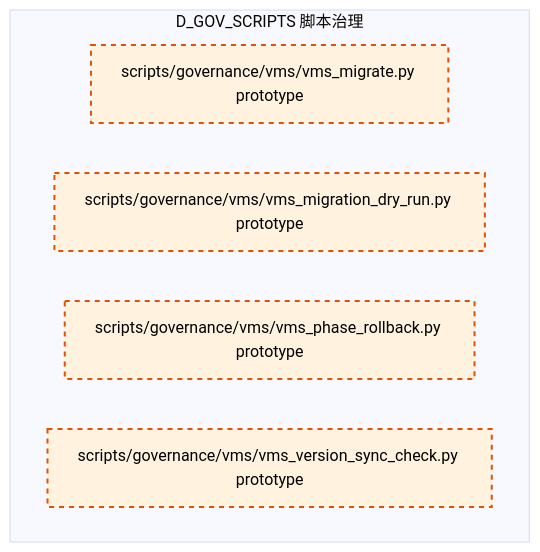
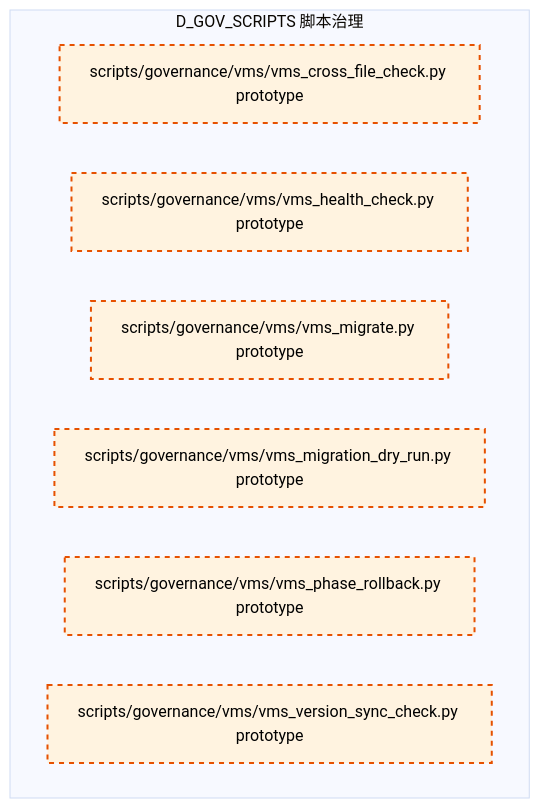
One commit to xuanFelixVan/ZephyrAlpha changed diagram 15 of 15 in docs/02_enterprise_architecture/02_domain_architecture_docs/39_d_gov_scripts.md. Above: the diagram before and after it, drawn with Mermaid (base theme). The commit also changed other lines of this file and 1 other file, not shown here.

First line of the commit message:
ARCH-041 修复孤儿节点: governance_watchdog.py BLUEPRINT GOV-075->MOD-INF-005 + DB补注册 + 39_d_gov_scripts.md mermaid图重新生成

````diff
--- a/docs/02_enterprise_architecture/02_domain_architecture_docs/39_d_gov_scripts.md
+++ b/docs/02_enterprise_architecture/02_domain_architecture_docs/39_d_gov_scripts.md
@@ -1023,14 +1023,16 @@
 ```mermaid
 graph TD
     subgraph D_GOV_SCRIPTS["D_GOV_SCRIPTS 脚本治理"]
+        scripts_governance_vms_vms_cross_file_check_py["scripts/governance/vms/vms_cross_file_check.py prototype"]
+        scripts_governance_vms_vms_health_check_py["scripts/governance/vms/vms_health_check.py prototype"]
         scripts_governance_vms_vms_migrate_py["scripts/governance/vms/vms_migrate.py prototype"]
         scripts_governance_vms_vms_migration_dry_run_py["scripts/governance/vms/vms_migration_dry_run.py prototype"]
         scripts_governance_vms_vms_phase_rollback_py["scripts/governance/vms/vms_phase_rollback.py prototype"]
         scripts_governance_vms_vms_version_sync_check_py["scripts/governance/vms/vms_version_sync_check.py prototype"]
     end
     classDef production fill:#e1f5fe,stroke:#01579b,stroke-width:2px,color:#000
     classDef design fill:#fff3e0,stroke:#e65100,stroke-width:2px,color:#000,stroke-dasharray: 5 5
     classDef external_prod fill:#e8f5e9,stroke:#1b5e20,stroke-width:1px,color:#000
     classDef external_design fill:#fce4ec,stroke:#880e4f,stroke-width:1px,color:#000,stroke-dasharray: 5 5
-    class scripts_governance_vms_vms_migrate_py,scripts_governance_vms_vms_migration_dry_run_py,scripts_governance_vms_vms_phase_rollback_py,scripts_governance_vms_vms_version_sync_check_py design
+    class scripts_governance_vms_vms_cross_file_check_py,scripts_governance_vms_vms_health_check_py,scripts_governance_vms_vms_migrate_py,scripts_governance_vms_vms_migration_dry_run_py,scripts_governance_vms_vms_phase_rollback_py,scripts_governance_vms_vms_version_sync_check_py design
 ```
````
